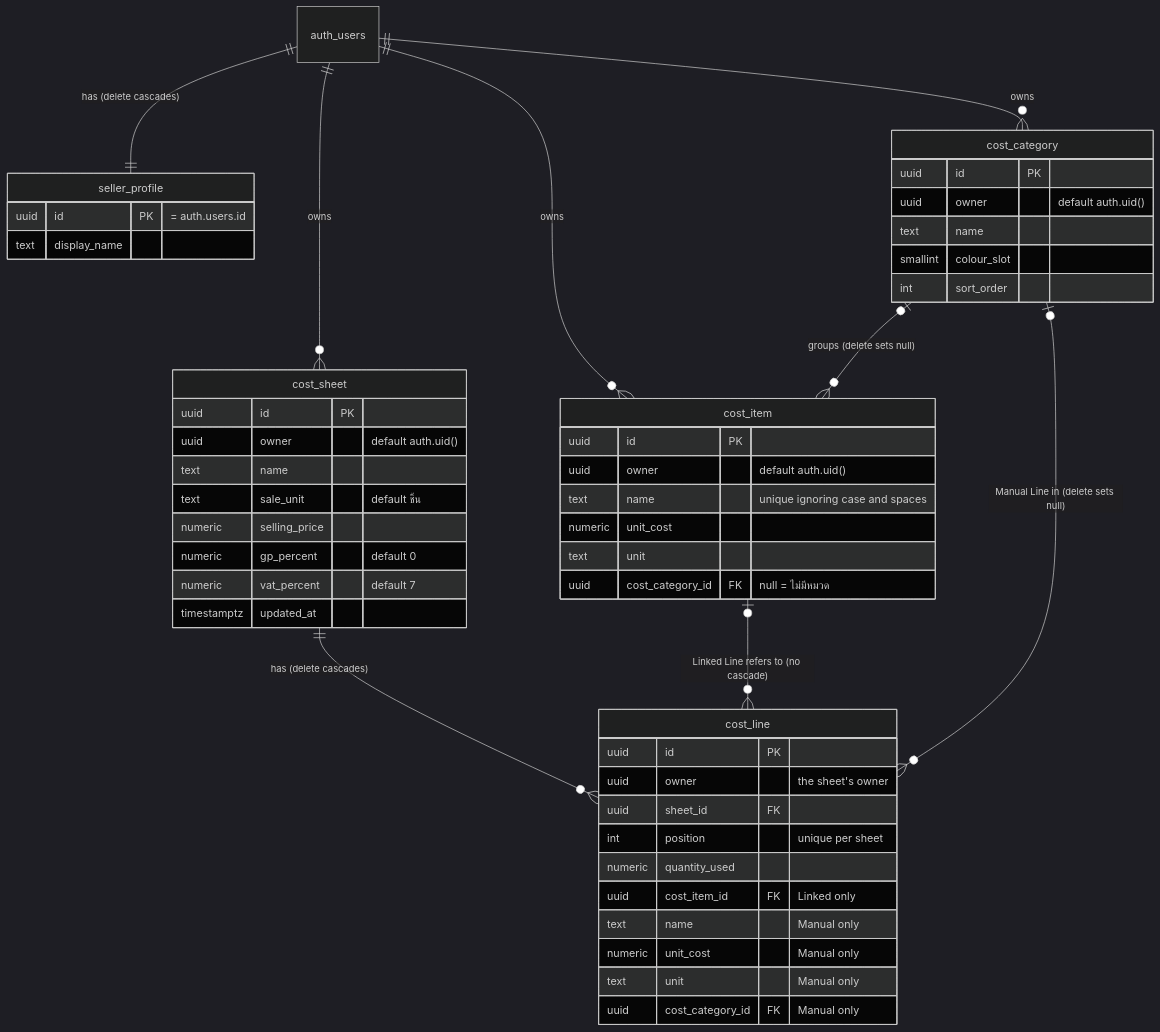
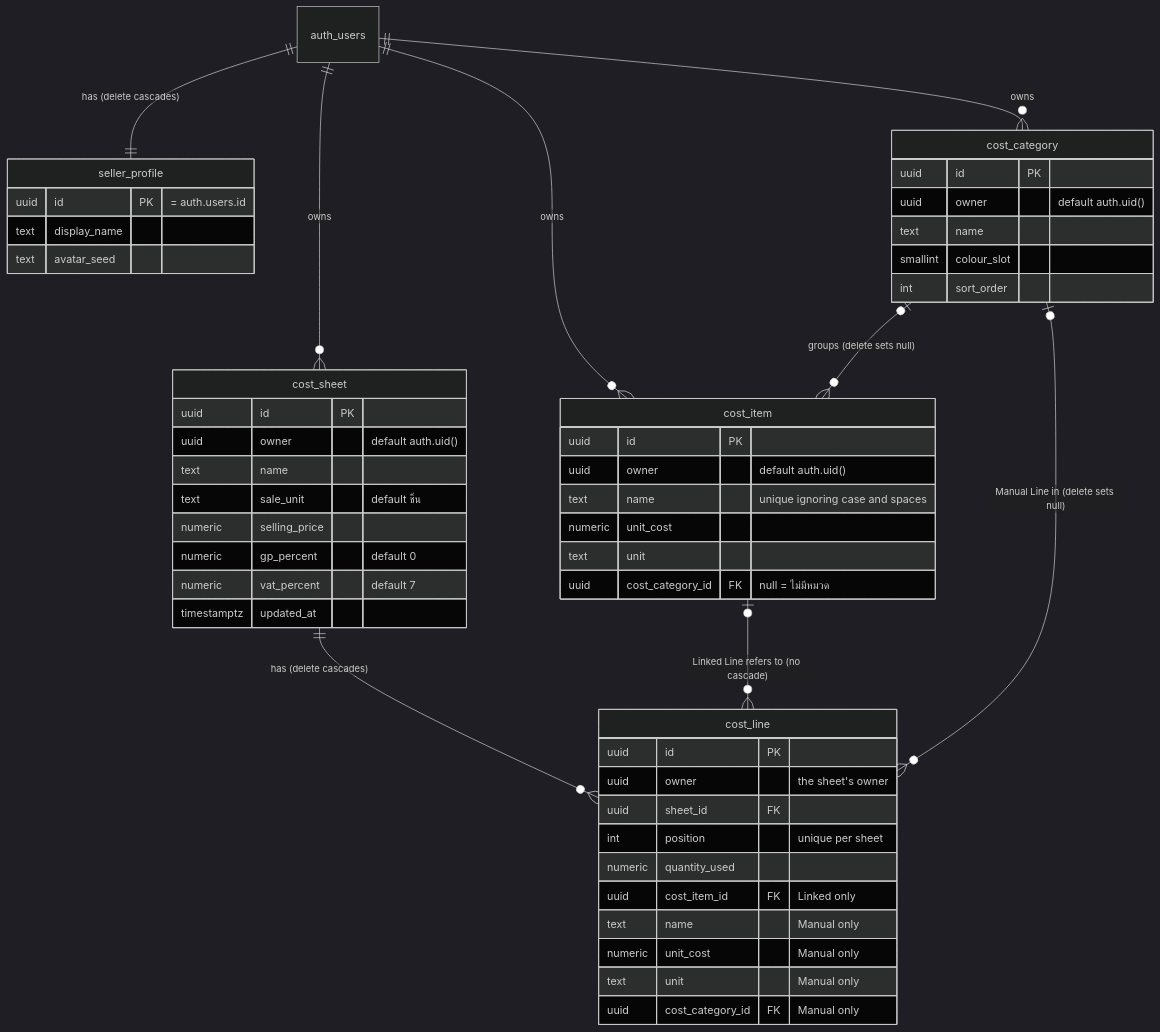
The diagram in docs/documents/data-model.md (chuan-khuna/gumrai), drawn with Mermaid (dark theme) before and after one commit. The commit also changed other lines of this file and 20 other files, not shown here.

````diff
--- a/docs/documents/data-model.md
+++ b/docs/documents/data-model.md
@@ -7,53 +7,54 @@
 ```mermaid
 erDiagram
 	auth_users ||--|| seller_profile : "has (delete cascades)"
 	auth_users ||--o{ cost_category : "owns"
 	auth_users ||--o{ cost_item : "owns"
 	auth_users ||--o{ cost_sheet : "owns"
 	cost_sheet ||--o{ cost_line : "has (delete cascades)"
 	cost_item |o--o{ cost_line : "Linked Line refers to (no cascade)"
 	cost_category |o--o{ cost_item : "groups (delete sets null)"
 	cost_category |o--o{ cost_line : "Manual Line in (delete sets null)"
 
 	seller_profile {
 		uuid id PK "= auth.users.id"
 		text display_name
+		text avatar_seed
 	}
 	cost_category {
 		uuid id PK
 		uuid owner "default auth.uid()"
 		text name
 		smallint colour_slot
 		int sort_order
 	}
 	cost_item {
 		uuid id PK
 		uuid owner "default auth.uid()"
 		text name "unique ignoring case and spaces"
 		numeric unit_cost
 		text unit
 		uuid cost_category_id FK "null = ไม่มีหมวด"
 	}
 	cost_sheet {
 		uuid id PK
 		uuid owner "default auth.uid()"
 		text name
 		text sale_unit "default ชิ้น"
 		numeric selling_price
 		numeric gp_percent "default 0"
 		numeric vat_percent "default 7"
 		timestamptz updated_at
 	}
 	cost_line {
 		uuid id PK
 		uuid owner "the sheet's owner"
 		uuid sheet_id FK
 		int position "unique per sheet"
 		numeric quantity_used
 		uuid cost_item_id FK "Linked only"
 		text name "Manual only"
 		numeric unit_cost "Manual only"
 		text unit "Manual only"
 		uuid cost_category_id FK "Manual only"
 	}
 ```
````
